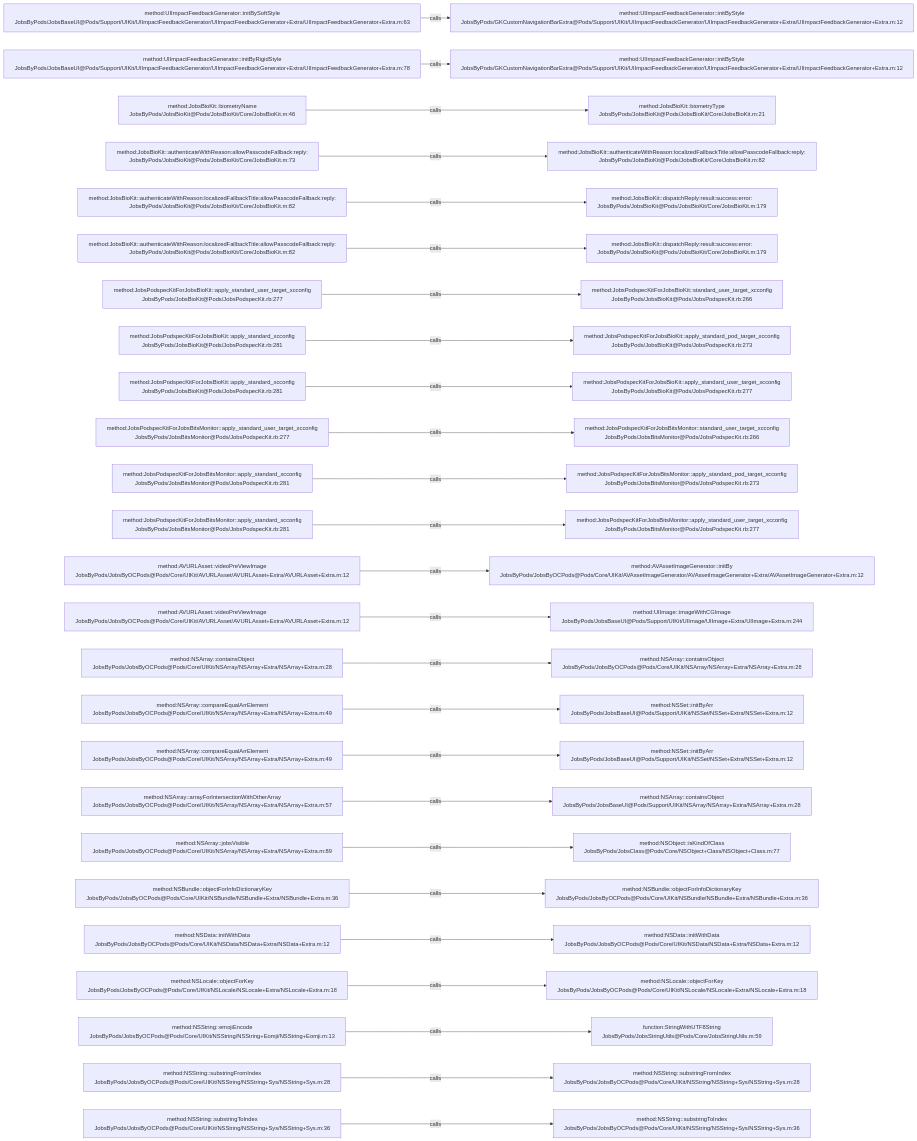
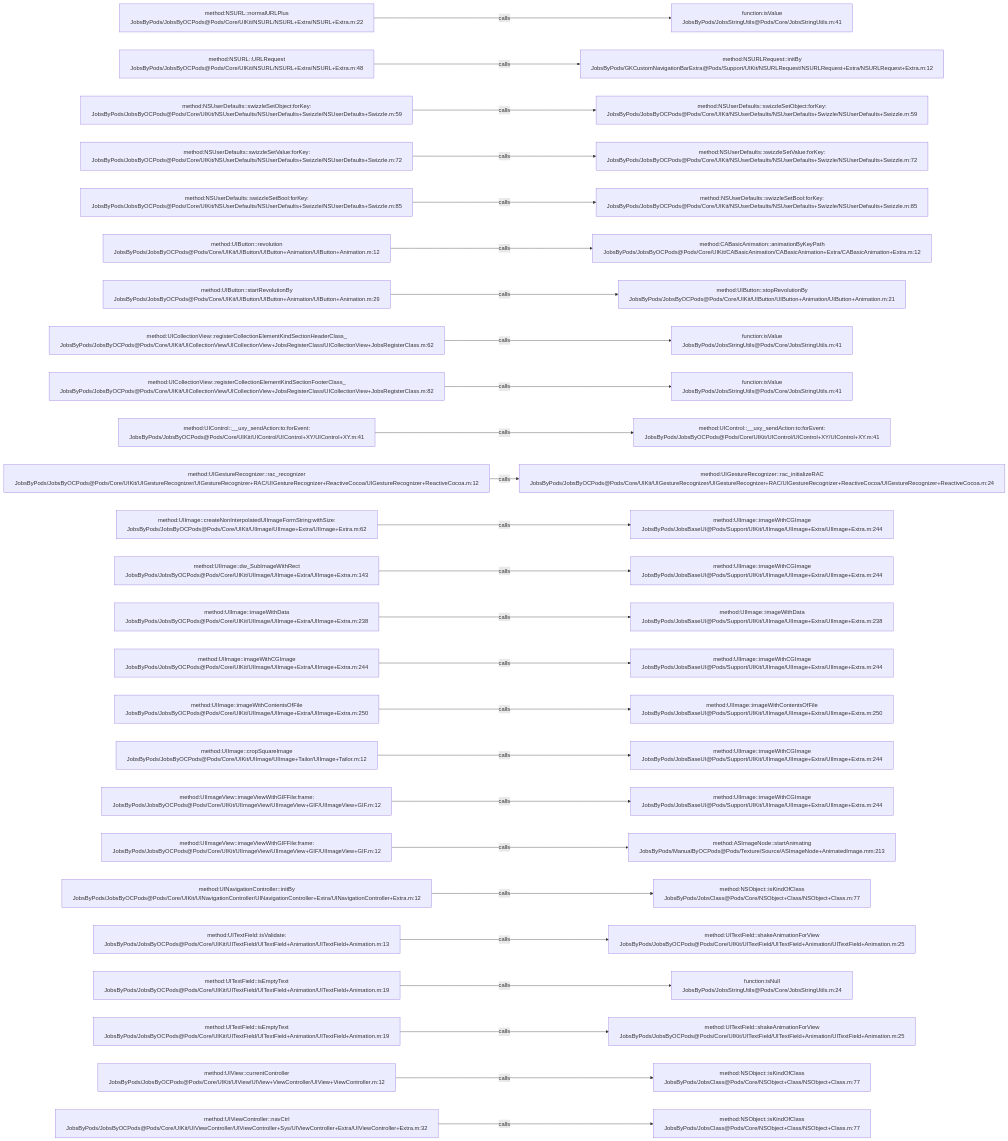
Before and after one commit to JobsKits/JobsOCBaseConfigDemo: the diagram in .codegraph/codegraph.md/graphs/calls-005.md, drawn with Mermaid. The commit also changed 1223 other files, not shown here.

````diff
--- a/.codegraph/codegraph.md/graphs/calls-005.md
+++ b/.codegraph/codegraph.md/graphs/calls-005.md
@@ -13,78 +13,78 @@
 ```mermaid
 flowchart LR
-  S1["method:UIImpactFeedbackGenerator::initBySoftStyle<br/>JobsByPods/JobsBaseUI@Pods/Support/UIKit/UIImpactFeedbackGenerator/UIImpactFeedbackGenerator+Extra/UIImpactFeedbackGenerator+Extra.m:63"]
-  T1["method:UIImpactFeedbackGenerator::initByStyle<br/>JobsByPods/GKCustomNavigationBarExtra@Pods/Support/UIKit/UIImpactFeedbackGenerator/UIImpactFeedbackGenerator+Extra/UIImpactFeedbackGenerator+Extra.m:12"]
+  S1["method:NSURL::normalURLPlus<br/>JobsByPods/JobsByOCPods@Pods/Core/UIKit/NSURL/NSURL+Extra/NSURL+Extra.m:22"]
+  T1["function:isValue<br/>JobsByPods/JobsStringUtils@Pods/Core/JobsStringUtils.m:41"]
   S1 -->|calls| T1
-  S2["method:UIImpactFeedbackGenerator::initByRigidStyle<br/>JobsByPods/JobsBaseUI@Pods/Support/UIKit/UIImpactFeedbackGenerator/UIImpactFeedbackGenerator+Extra/UIImpactFeedbackGenerator+Extra.m:78"]
-  T2["method:UIImpactFeedbackGenerator::initByStyle<br/>JobsByPods/GKCustomNavigationBarExtra@Pods/Support/UIKit/UIImpactFeedbackGenerator/UIImpactFeedbackGenerator+Extra/UIImpactFeedbackGenerator+Extra.m:12"]
+  S2["method:NSURL::URLRequest<br/>JobsByPods/JobsByOCPods@Pods/Core/UIKit/NSURL/NSURL+Extra/NSURL+Extra.m:48"]
+  T2["method:NSURLRequest::initBy<br/>JobsByPods/GKCustomNavigationBarExtra@Pods/Support/UIKit/NSURLRequest/NSURLRequest+Extra/NSURLRequest+Extra.m:12"]
   S2 -->|calls| T2
-  S3["method:JobsBioKit::biometryName<br/>JobsByPods/JobsBioKit@Pods/JobsBioKit/Core/JobsBioKit.m:46"]
-  T3["method:JobsBioKit::biometryType<br/>JobsByPods/JobsBioKit@Pods/JobsBioKit/Core/JobsBioKit.m:21"]
+  S3["method:NSUserDefaults::swizzleSetObject:forKey:<br/>JobsByPods/JobsByOCPods@Pods/Core/UIKit/NSUserDefaults/NSUserDefaults+Swizzle/NSUserDefaults+Swizzle.m:59"]
+  T3["method:NSUserDefaults::swizzleSetObject:forKey:<br/>JobsByPods/JobsByOCPods@Pods/Core/UIKit/NSUserDefaults/NSUserDefaults+Swizzle/NSUserDefaults+Swizzle.m:59"]
   S3 -->|calls| T3
-  S4["method:JobsBioKit::authenticateWithReason:allowPasscodeFallback:reply:<br/>JobsByPods/JobsBioKit@Pods/JobsBioKit/Core/JobsBioKit.m:73"]
-  T4["method:JobsBioKit::authenticateWithReason:localizedFallbackTitle:allowPasscodeFallback:reply:<br/>JobsByPods/JobsBioKit@Pods/JobsBioKit/Core/JobsBioKit.m:82"]
+  S4["method:NSUserDefaults::swizzleSetValue:forKey:<br/>JobsByPods/JobsByOCPods@Pods/Core/UIKit/NSUserDefaults/NSUserDefaults+Swizzle/NSUserDefaults+Swizzle.m:72"]
+  T4["method:NSUserDefaults::swizzleSetValue:forKey:<br/>JobsByPods/JobsByOCPods@Pods/Core/UIKit/NSUserDefaults/NSUserDefaults+Swizzle/NSUserDefaults+Swizzle.m:72"]
   S4 -->|calls| T4
-  S5["method:JobsBioKit::authenticateWithReason:localizedFallbackTitle:allowPasscodeFallback:reply:<br/>JobsByPods/JobsBioKit@Pods/JobsBioKit/Core/JobsBioKit.m:82"]
-  T5["method:JobsBioKit::dispatchReply:result:success:error:<br/>JobsByPods/JobsBioKit@Pods/JobsBioKit/Core/JobsBioKit.m:179"]
+  S5["method:NSUserDefaults::swizzleSetBool:forKey:<br/>JobsByPods/JobsByOCPods@Pods/Core/UIKit/NSUserDefaults/NSUserDefaults+Swizzle/NSUserDefaults+Swizzle.m:85"]
+  T5["method:NSUserDefaults::swizzleSetBool:forKey:<br/>JobsByPods/JobsByOCPods@Pods/Core/UIKit/NSUserDefaults/NSUserDefaults+Swizzle/NSUserDefaults+Swizzle.m:85"]
   S5 -->|calls| T5
-  S6["method:JobsBioKit::authenticateWithReason:localizedFallbackTitle:allowPasscodeFallback:reply:<br/>JobsByPods/JobsBioKit@Pods/JobsBioKit/Core/JobsBioKit.m:82"]
-  T6["method:JobsBioKit::dispatchReply:result:success:error:<br/>JobsByPods/JobsBioKit@Pods/JobsBioKit/Core/JobsBioKit.m:179"]
+  S6["method:UIButton::revolution<br/>JobsByPods/JobsByOCPods@Pods/Core/UIKit/UIButton/UIButton+Animation/UIButton+Animation.m:12"]
+  T6["method:CABasicAnimation::animationByKeyPath<br/>JobsByPods/JobsByOCPods@Pods/Core/UIKit/CABasicAnimation/CABasicAnimation+Extra/CABasicAnimation+Extra.m:12"]
   S6 -->|calls| T6
-  S7["method:JobsPodspecKitForJobsBioKit::apply_standard_user_target_xcconfig<br/>JobsByPods/JobsBioKit@Pods/JobsPodspecKit.rb:277"]
-  T7["method:JobsPodspecKitForJobsBioKit::standard_user_target_xcconfig<br/>JobsByPods/JobsBioKit@Pods/JobsPodspecKit.rb:266"]
+  S7["method:UIButton::startRevolutionBy<br/>JobsByPods/JobsByOCPods@Pods/Core/UIKit/UIButton/UIButton+Animation/UIButton+Animation.m:29"]
+  T7["method:UIButton::stopRevolutionBy<br/>JobsByPods/JobsByOCPods@Pods/Core/UIKit/UIButton/UIButton+Animation/UIButton+Animation.m:21"]
   S7 -->|calls| T7
-  S8["method:JobsPodspecKitForJobsBioKit::apply_standard_xcconfig<br/>JobsByPods/JobsBioKit@Pods/JobsPodspecKit.rb:281"]
-  T8["method:JobsPodspecKitForJobsBioKit::apply_standard_pod_target_xcconfig<br/>JobsByPods/JobsBioKit@Pods/JobsPodspecKit.rb:273"]
+  S8["method:UICollectionView::registerCollectionElementKindSectionHeaderClass_<br/>JobsByPods/JobsByOCPods@Pods/Core/UIKit/UICollectionView/UICollectionView+JobsRegisterClass/UICollectionView+JobsRegisterClass.m:62"]
+  T8["function:isValue<br/>JobsByPods/JobsStringUtils@Pods/Core/JobsStringUtils.m:41"]
   S8 -->|calls| T8
-  S9["method:JobsPodspecKitForJobsBioKit::apply_standard_xcconfig<br/>JobsByPods/JobsBioKit@Pods/JobsPodspecKit.rb:281"]
-  T9["method:JobsPodspecKitForJobsBioKit::apply_standard_user_target_xcconfig<br/>JobsByPods/JobsBioKit@Pods/JobsPodspecKit.rb:277"]
+  S9["method:UICollectionView::registerCollectionElementKindSectionFooterClass_<br/>JobsByPods/JobsByOCPods@Pods/Core/UIKit/UICollectionView/UICollectionView+JobsRegisterClass/UICollectionView+JobsRegisterClass.m:82"]
+  T9["function:isValue<br/>JobsByPods/JobsStringUtils@Pods/Core/JobsStringUtils.m:41"]
   S9 -->|calls| T9
-  S10["method:JobsPodspecKitForJobsBitsMonitor::apply_standard_user_target_xcconfig<br/>JobsByPods/JobsBitsMonitor@Pods/JobsPodspecKit.rb:277"]
-  T10["method:JobsPodspecKitForJobsBitsMonitor::standard_user_target_xcconfig<br/>JobsByPods/JobsBitsMonitor@Pods/JobsPodspecKit.rb:266"]
+  S10["method:UIControl::__uxy_sendAction:to:forEvent:<br/>JobsByPods/JobsByOCPods@Pods/Core/UIKit/UIControl/UIControl+XY/UIControl+XY.m:41"]
+  T10["method:UIControl::__uxy_sendAction:to:forEvent:<br/>JobsByPods/JobsByOCPods@Pods/Core/UIKit/UIControl/UIControl+XY/UIControl+XY.m:41"]
   S10 -->|calls| T10
-  S11["method:JobsPodspecKitForJobsBitsMonitor::apply_standard_xcconfig<br/>JobsByPods/JobsBitsMonitor@Pods/JobsPodspecKit.rb:281"]
-  T11["method:JobsPodspecKitForJobsBitsMonitor::apply_standard_pod_target_xcconfig<br/>JobsByPods/JobsBitsMonitor@Pods/JobsPodspecKit.rb:273"]
+  S11["method:UIGestureRecognizer::rac_recognizer<br/>JobsByPods/JobsByOCPods@Pods/Core/UIKit/UIGestureRecognizer/UIGestureRecognizer+RAC/UIGestureRecognizer+ReactiveCocoa/UIGestureRecognizer+ReactiveCocoa.m:12"]
+  T11["method:UIGestureRecognizer::rac_initializeRAC<br/>JobsByPods/JobsByOCPods@Pods/Core/UIKit/UIGestureRecognizer/UIGestureRecognizer+RAC/UIGestureRecognizer+ReactiveCocoa/UIGestureRecognizer+ReactiveCocoa.m:24"]
   S11 -->|calls| T11
-  S12["method:JobsPodspecKitForJobsBitsMonitor::apply_standard_xcconfig<br/>JobsByPods/JobsBitsMonitor@Pods/JobsPodspecKit.rb:281"]
-  T12["method:JobsPodspecKitForJobsBitsMonitor::apply_standard_user_target_xcconfig<br/>JobsByPods/JobsBitsMonitor@Pods/JobsPodspecKit.rb:277"]
+  S12["method:UIImage::createNonInterpolatedUIImageFormString:withSize:<br/>JobsByPods/JobsByOCPods@Pods/Core/UIKit/UIImage/UIImage+Extra/UIImage+Extra.m:62"]
+  T12["method:UIImage::imageWithCGImage<br/>JobsByPods/JobsBaseUI@Pods/Support/UIKit/UIImage/UIImage+Extra/UIImage+Extra.m:244"]
   S12 -->|calls| T12
-  S13["method:AVURLAsset::videoPreViewImage<br/>JobsByPods/JobsByOCPods@Pods/Core/UIKit/AVURLAsset/AVURLAsset+Extra/AVURLAsset+Extra.m:12"]
-  T13["method:AVAssetImageGenerator::initBy<br/>JobsByPods/JobsByOCPods@Pods/Core/UIKit/AVAssetImageGenerator/AVAssetImageGenerator+Extra/AVAssetImageGenerator+Extra.m:12"]
+  S13["method:UIImage::dw_SubImageWithRect<br/>JobsByPods/JobsByOCPods@Pods/Core/UIKit/UIImage/UIImage+Extra/UIImage+Extra.m:143"]
+  T13["method:UIImage::imageWithCGImage<br/>JobsByPods/JobsBaseUI@Pods/Support/UIKit/UIImage/UIImage+Extra/UIImage+Extra.m:244"]
   S13 -->|calls| T13
-  S14["method:AVURLAsset::videoPreViewImage<br/>JobsByPods/JobsByOCPods@Pods/Core/UIKit/AVURLAsset/AVURLAsset+Extra/AVURLAsset+Extra.m:12"]
-  T14["method:UIImage::imageWithCGImage<br/>JobsByPods/JobsBaseUI@Pods/Support/UIKit/UIImage/UIImage+Extra/UIImage+Extra.m:244"]
+  S14["method:UIImage::imageWithData<br/>JobsByPods/JobsByOCPods@Pods/Core/UIKit/UIImage/UIImage+Extra/UIImage+Extra.m:238"]
+  T14["method:UIImage::imageWithData<br/>JobsByPods/JobsBaseUI@Pods/Support/UIKit/UIImage/UIImage+Extra/UIImage+Extra.m:238"]
   S14 -->|calls| T14
-  S15["method:NSArray::containsObject<br/>JobsByPods/JobsByOCPods@Pods/Core/UIKit/NSArray/NSArray+Extra/NSArray+Extra.m:28"]
-  T15["method:NSArray::containsObject<br/>JobsByPods/JobsByOCPods@Pods/Core/UIKit/NSArray/NSArray+Extra/NSArray+Extra.m:28"]
+  S15["method:UIImage::imageWithCGImage<br/>JobsByPods/JobsByOCPods@Pods/Core/UIKit/UIImage/UIImage+Extra/UIImage+Extra.m:244"]
+  T15["method:UIImage::imageWithCGImage<br/>JobsByPods/JobsBaseUI@Pods/Support/UIKit/UIImage/UIImage+Extra/UIImage+Extra.m:244"]
   S15 -->|calls| T15
-  S16["method:NSArray::compareEqualArrElement<br/>JobsByPods/JobsByOCPods@Pods/Core/UIKit/NSArray/NSArray+Extra/NSArray+Extra.m:49"]
-  T16["method:NSSet::initByArr<br/>JobsByPods/JobsBaseUI@Pods/Support/UIKit/NSSet/NSSet+Extra/NSSet+Extra.m:12"]
+  S16["method:UIImage::imageWithContentsOfFile<br/>JobsByPods/JobsByOCPods@Pods/Core/UIKit/UIImage/UIImage+Extra/UIImage+Extra.m:250"]
+  T16["method:UIImage::imageWithContentsOfFile<br/>JobsByPods/JobsBaseUI@Pods/Support/UIKit/UIImage/UIImage+Extra/UIImage+Extra.m:250"]
   S16 -->|calls| T16
-  S17["method:NSArray::compareEqualArrElement<br/>JobsByPods/JobsByOCPods@Pods/Core/UIKit/NSArray/NSArray+Extra/NSArray+Extra.m:49"]
-  T17["method:NSSet::initByArr<br/>JobsByPods/JobsBaseUI@Pods/Support/UIKit/NSSet/NSSet+Extra/NSSet+Extra.m:12"]
+  S17["method:UIImage::cropSquareImage<br/>JobsByPods/JobsByOCPods@Pods/Core/UIKit/UIImage/UIImage+Tailor/UIImage+Tailor.m:12"]
+  T17["method:UIImage::imageWithCGImage<br/>JobsByPods/JobsBaseUI@Pods/Support/UIKit/UIImage/UIImage+Extra/UIImage+Extra.m:244"]
   S17 -->|calls| T17
-  S18["method:NSArray::arrayForIntersectionWithOtherArray<br/>JobsByPods/JobsByOCPods@Pods/Core/UIKit/NSArray/NSArray+Extra/NSArray+Extra.m:57"]
-  T18["method:NSArray::containsObject<br/>JobsByPods/JobsBaseUI@Pods/Support/UIKit/NSArray/NSArray+Extra/NSArray+Extra.m:28"]
+  S18["method:UIImageView::imageViewWithGIFFile:frame:<br/>JobsByPods/JobsByOCPods@Pods/Core/UIKit/UIImageView/UIImageView+GIF/UIImageView+GIF.m:12"]
+  T18["method:UIImage::imageWithCGImage<br/>JobsByPods/JobsBaseUI@Pods/Support/UIKit/UIImage/UIImage+Extra/UIImage+Extra.m:244"]
   S18 -->|calls| T18
-  S19["method:NSArray::jobsVisible<br/>JobsByPods/JobsByOCPods@Pods/Core/UIKit/NSArray/NSArray+Extra/NSArray+Extra.m:89"]
-  T19["method:NSObject::isKindOfClass<br/>JobsByPods/JobsClass@Pods/Core/NSObject+Class/NSObject+Class.m:77"]
+  S19["method:UIImageView::imageViewWithGIFFile:frame:<br/>JobsByPods/JobsByOCPods@Pods/Core/UIKit/UIImageView/UIImageView+GIF/UIImageView+GIF.m:12"]
+  T19["method:ASImageNode::startAnimating<br/>JobsByPods/ManualByOCPods@Pods/Texture/Source/ASImageNode+AnimatedImage.mm:213"]
   S19 -->|calls| T19
-  S20["method:NSBundle::objectForInfoDictionaryKey<br/>JobsByPods/JobsByOCPods@Pods/Core/UIKit/NSBundle/NSBundle+Extra/NSBundle+Extra.m:36"]
-  T20["method:NSBundle::objectForInfoDictionaryKey<br/>JobsByPods/JobsByOCPods@Pods/Core/UIKit/NSBundle/NSBundle+Extra/NSBundle+Extra.m:36"]
+  S20["method:UINavigationController::initBy<br/>JobsByPods/JobsByOCPods@Pods/Core/UIKit/UINavigationController/UINavigationController+Extra/UINavigationController+Extra.m:12"]
+  T20["method:NSObject::isKindOfClass<br/>JobsByPods/JobsClass@Pods/Core/NSObject+Class/NSObject+Class.m:77"]
   S20 -->|calls| T20
-  S21["method:NSData::initWithData<br/>JobsByPods/JobsByOCPods@Pods/Core/UIKit/NSData/NSData+Extra/NSData+Extra.m:12"]
-  T21["method:NSData::initWithData<br/>JobsByPods/JobsByOCPods@Pods/Core/UIKit/NSData/NSData+Extra/NSData+Extra.m:12"]
+  S21["method:UITextField::isValidate:<br/>JobsByPods/JobsByOCPods@Pods/Core/UIKit/UITextField/UITextField+Animation/UITextField+Animation.m:13"]
+  T21["method:UITextField::shakeAnimationForView<br/>JobsByPods/JobsByOCPods@Pods/Core/UIKit/UITextField/UITextField+Animation/UITextField+Animation.m:25"]
   S21 -->|calls| T21
-  S22["method:NSLocale::objectForKey<br/>JobsByPods/JobsByOCPods@Pods/Core/UIKit/NSLocale/NSLocale+Extra/NSLocale+Extra.m:18"]
-  T22["method:NSLocale::objectForKey<br/>JobsByPods/JobsByOCPods@Pods/Core/UIKit/NSLocale/NSLocale+Extra/NSLocale+Extra.m:18"]
+  S22["method:UITextField::isEmptyText<br/>JobsByPods/JobsByOCPods@Pods/Core/UIKit/UITextField/UITextField+Animation/UITextField+Animation.m:19"]
+  T22["function:isNull<br/>JobsByPods/JobsStringUtils@Pods/Core/JobsStringUtils.m:24"]
   S22 -->|calls| T22
-  S23["method:NSString::emojiEncode<br/>JobsByPods/JobsByOCPods@Pods/Core/UIKit/NSString/NSString+Eomji/NSString+Eomji.m:13"]
-  T23["function:StringWithUTF8String<br/>JobsByPods/JobsStringUtils@Pods/Core/JobsStringUtils.m:59"]
+  S23["method:UITextField::isEmptyText<br/>JobsByPods/JobsByOCPods@Pods/Core/UIKit/UITextField/UITextField+Animation/UITextField+Animation.m:19"]
+  T23["method:UITextField::shakeAnimationForView<br/>JobsByPods/JobsByOCPods@Pods/Core/UIKit/UITextField/UITextField+Animation/UITextField+Animation.m:25"]
   S23 -->|calls| T23
-  S24["method:NSString::substringFromIndex<br/>JobsByPods/JobsByOCPods@Pods/Core/UIKit/NSString/NSString+Sys/NSString+Sys.m:28"]
-  T24["method:NSString::substringFromIndex<br/>JobsByPods/JobsByOCPods@Pods/Core/UIKit/NSString/NSString+Sys/NSString+Sys.m:28"]
+  S24["method:UIView::currentController<br/>JobsByPods/JobsByOCPods@Pods/Core/UIKit/UIView/UIView+ViewController/UIView+ViewController.m:12"]
+  T24["method:NSObject::isKindOfClass<br/>JobsByPods/JobsClass@Pods/Core/NSObject+Class/NSObject+Class.m:77"]
   S24 -->|calls| T24
-  S25["method:NSString::substringToIndex<br/>JobsByPods/JobsByOCPods@Pods/Core/UIKit/NSString/NSString+Sys/NSString+Sys.m:36"]
-  T25["method:NSString::substringToIndex<br/>JobsByPods/JobsByOCPods@Pods/Core/UIKit/NSString/NSString+Sys/NSString+Sys.m:36"]
+  S25["method:UIViewController::navCtrl<br/>JobsByPods/JobsByOCPods@Pods/Core/UIKit/UIViewController/UIViewController+Sys/UIViewController+Extra/UIViewController+Extra.m:32"]
+  T25["method:NSObject::isKindOfClass<br/>JobsByPods/JobsClass@Pods/Core/NSObject+Class/NSObject+Class.m:77"]
   S25 -->|calls| T25
 ```
````
